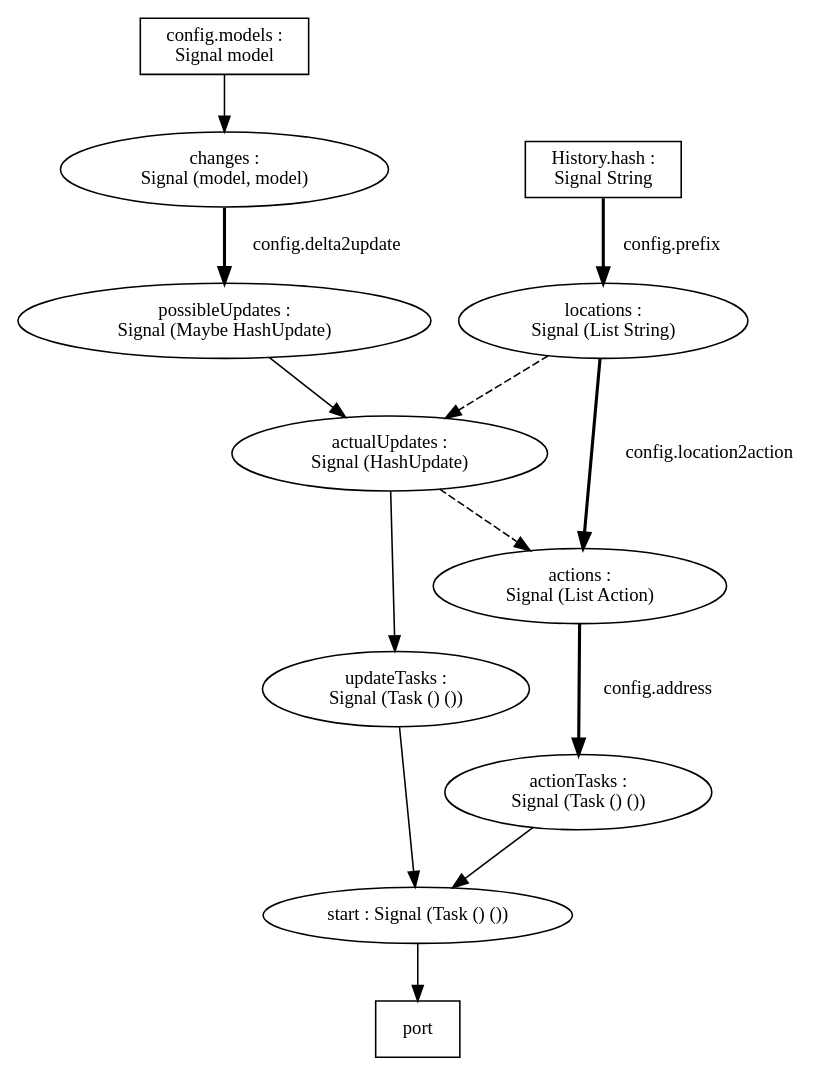
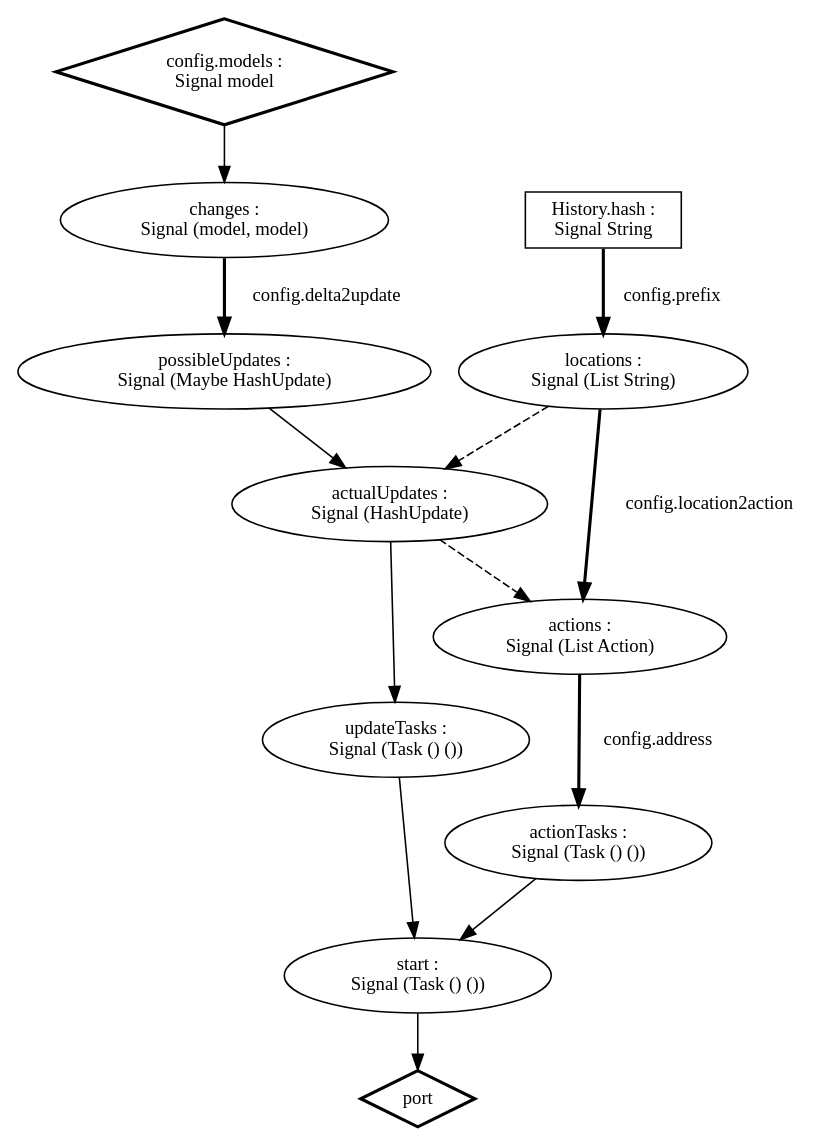
One commit to rgrempel/elm-route-url changed the diagram in signals.gv. Above: the diagram before and after it, drawn with Graphviz. The commit also changed 1 other file, not shown here.

Commit message:
Minor adjustments to diagram of signal graph.

```diff
--- a/signals.gv
+++ b/signals.gv
@@ -1,96 +1,98 @@
 digraph "signals" {
     node
         [ fontsize = 12
         ];
     
     edge 
         [ fontsize = 12
         ];
 
     config_models
         [ label = "config.models :\nSignal model"
-        , shape = polygon
+        , shape = "diamond"
+        , style = "bold"
         ];
 
     module_changes
         [ label = "changes :\nSignal (model, model)"
         ];
 
     config_models -> module_changes
 
     history_hash
         [ label = "History.hash :\nSignal String"
         , shape = "box"
         ];
 
     module_locations
         [ label = "locations :\nSignal (List String)"
         ];
 
     history_hash -> module_locations
         [ label = "  config.prefix"
         , style = "bold"
         ]
 
     module_possible_updates
         [ label = "possibleUpdates :\nSignal (Maybe HashUpdate)"
         ];
 
     module_changes -> module_possible_updates
         [ label = "  config.delta2update"
         , style = "bold"
         ];
 
     module_actual_updates
         [ label = "actualUpdates :\nSignal (HashUpdate)"
         ];
 
     module_possible_updates -> module_actual_updates
 
     module_locations -> module_actual_updates
         [ style = "dashed"
         ];
 
     module_update_tasks
         [ label = "updateTasks :\nSignal (Task () ())"
         ];
 
     module_actions
         [ label = "actions :\nSignal (List Action)"
         ];
 
     module_locations -> module_actions
         [ label = "  config.location2action"
         , style = "bold"
         ];
 
     module_actual_updates -> module_actions
         [ style = "dashed"
         ];
 
     module_actual_updates -> module_update_tasks
 
     module_action_tasks
         [ label = "actionTasks :\nSignal (Task () ())"
         ];
 
     module_actions -> module_action_tasks
         [ label = "  config.address"
         , style = "bold"
         ]
 
     module_start
-        [ label = "start : Signal (Task () ())"
+        [ label = "start :\nSignal (Task () ())"
         ];
 
     module_action_tasks -> module_start
 
     module_update_tasks -> module_start
 
     config_port
         [ label = "port"
-        , shape = "polygon"
+        , shape = "diamond"
+        , style = "bold"
         ];
 
     module_start -> config_port
 }
```
